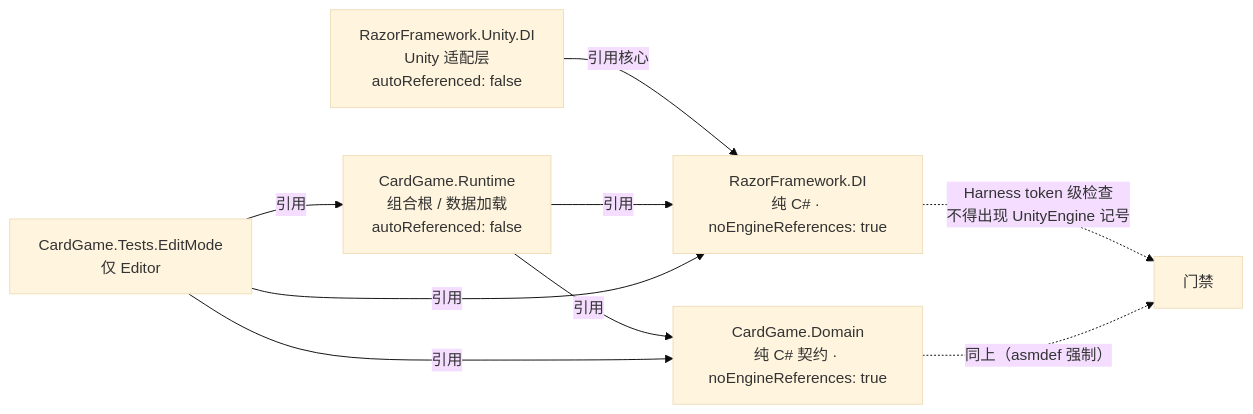
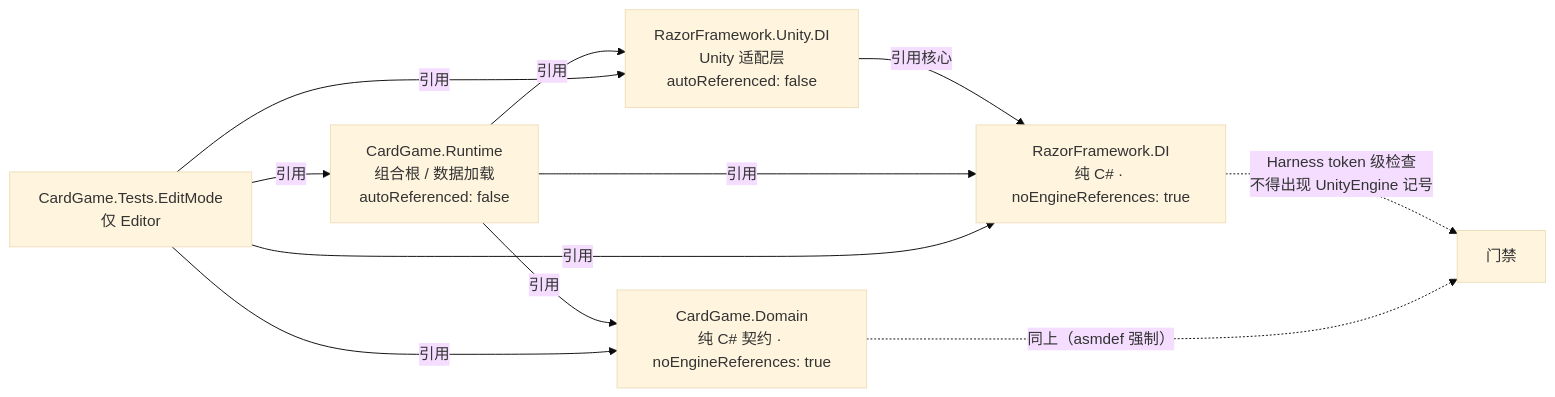
The first of 13 diagrams in docs/design/di-internals.md (E-Dawnize/CardGame), drawn with Mermaid (base theme) before and after one commit. The commit also changed other lines of this file and 5 other files, not shown here.

````diff
--- a/docs/design/di-internals.md
+++ b/docs/design/di-internals.md
@@ -95,11 +95,13 @@
 ```mermaid
 flowchart LR
     UDI["RazorFramework.Unity.DI<br/>Unity 适配层<br/>autoReferenced: false"] -->|"引用核心"| DI["RazorFramework.DI<br/>纯 C# · noEngineReferences: true"]
     RT["CardGame.Runtime<br/>组合根 / 数据加载<br/>autoReferenced: false"] -->|"引用"| DI
     RT -->|"引用"| DOM["CardGame.Domain<br/>纯 C# 契约 · noEngineReferences: true"]
+    RT -->|"引用"| UDI
     TST["CardGame.Tests.EditMode<br/>仅 Editor"] -->|"引用"| RT
     TST -->|"引用"| DOM
     TST -->|"引用"| DI
+    TST -->|"引用"| UDI
     DI -.->|"Harness token 级检查<br/>不得出现 UnityEngine 记号"| HC["门禁"]
     DOM -.->|"同上（asmdef 强制）"| HC
 ```
````
